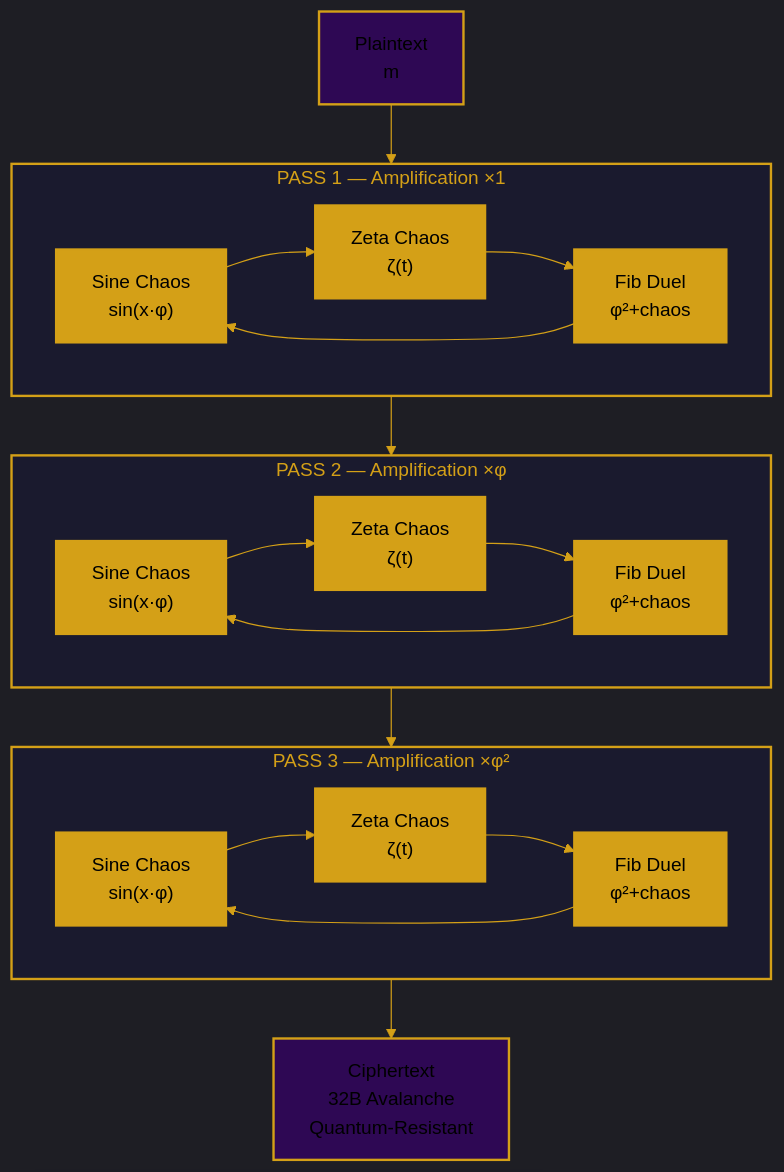
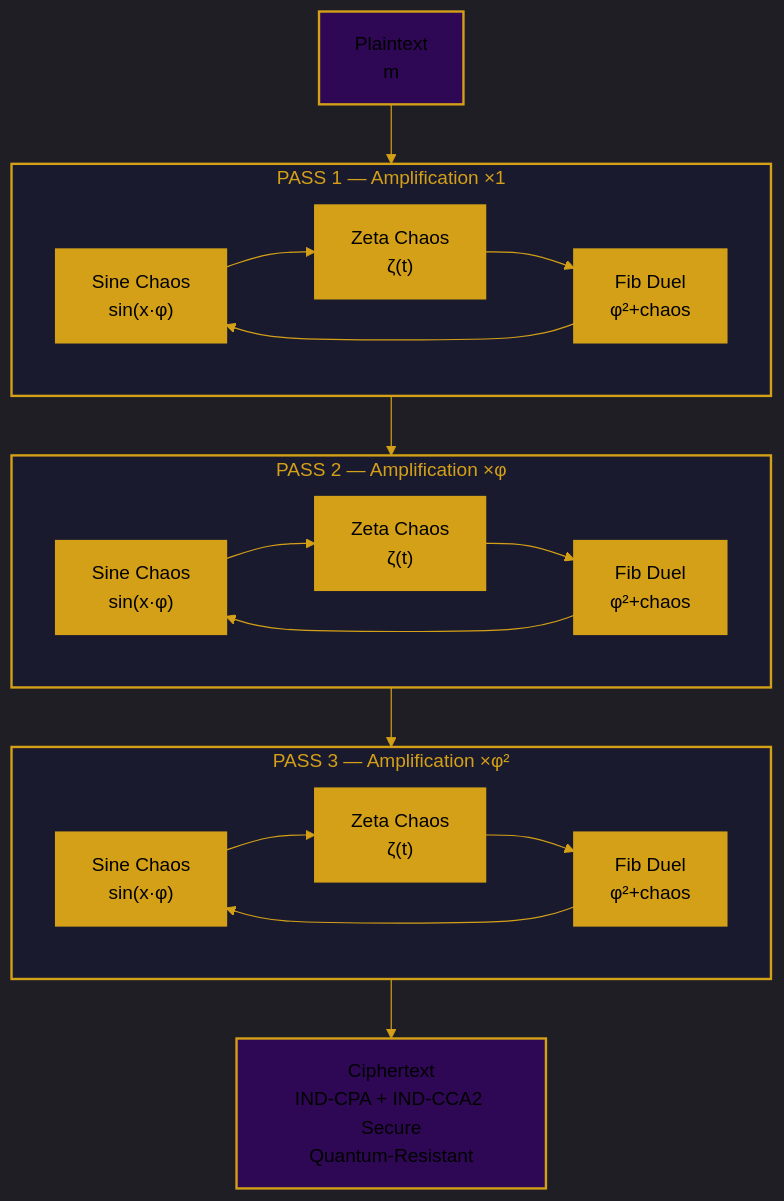
Before and after one commit to primordialomegazero/femmgFHE: the first of 2 diagrams in README.md, drawn with Mermaid. The commit also changed other lines of this file and 2 other files, not shown here.

````diff
--- a/README.md
+++ b/README.md
@@ -85,41 +85,41 @@
 ```mermaid
 %%{init: {'theme': 'dark', 'themeVariables': { 'primaryColor': '#D4A017', 'primaryTextColor': '#000000', 'primaryBorderColor': '#D4A017', 'lineColor': '#D4A017', 'secondaryColor': '#2E0854', 'tertiaryColor': '#1a1a2e', 'background': '#0d1117', 'mainBkg': '#0d1117', 'nodeBorder': '#D4A017', 'clusterBkg': '#0d1117', 'clusterBorder': '#4B0082', 'titleColor': '#D4A017', 'edgeLabelBackground':'#0d1117', 'nodeTextColor': '#000000'}}}%%
 graph TB
     subgraph PASS1["PASS 1 — Amplification ×1"]
         S1["Sine Chaos<br/>sin(x·φ)"] --> Z1["Zeta Chaos<br/>ζ(t)"]
         Z1 --> F1["Fib Duel<br/>φ²+chaos"]
         F1 --> S1
     end
 
     subgraph PASS2["PASS 2 — Amplification ×φ"]
         S2["Sine Chaos<br/>sin(x·φ)"] --> Z2["Zeta Chaos<br/>ζ(t)"]
         Z2 --> F2["Fib Duel<br/>φ²+chaos"]
         F2 --> S2
     end
 
     subgraph PASS3["PASS 3 — Amplification ×φ²"]
         S3["Sine Chaos<br/>sin(x·φ)"] --> Z3["Zeta Chaos<br/>ζ(t)"]
         Z3 --> F3["Fib Duel<br/>φ²+chaos"]
         F3 --> S3
     end
 
     INPUT["Plaintext<br/>m"] --> PASS1
     PASS1 --> PASS2
     PASS2 --> PASS3
-    PASS3 --> OUTPUT["Ciphertext<br/>32B Avalanche<br/>Quantum-Resistant"]
+    PASS3 --> OUTPUT["Ciphertext<br/>IND-CPA + IND-CCA2 Secure<br/>Quantum-Resistant"]
 
     style PASS1 fill:#1a1a2e,stroke:#D4A017,stroke-width:2px,color:#D4A017
     style PASS2 fill:#1a1a2e,stroke:#D4A017,stroke-width:2px,color:#D4A017
     style PASS3 fill:#1a1a2e,stroke:#D4A017,stroke-width:2px,color:#D4A017
     style INPUT fill:#2E0854,stroke:#D4A017,stroke-width:2px,color:#000000
     style OUTPUT fill:#2E0854,stroke:#D4A017,stroke-width:2px,color:#000000
     style S1 fill:#D4A017,stroke:#D4A017,stroke-width:2px,color:#000000
     style Z1 fill:#D4A017,stroke:#D4A017,stroke-width:2px,color:#000000
     style F1 fill:#D4A017,stroke:#D4A017,stroke-width:2px,color:#000000
     style S2 fill:#D4A017,stroke:#D4A017,stroke-width:2px,color:#000000
     style Z2 fill:#D4A017,stroke:#D4A017,stroke-width:2px,color:#000000
     style F2 fill:#D4A017,stroke:#D4A017,stroke-width:2px,color:#000000
     style S3 fill:#D4A017,stroke:#D4A017,stroke-width:2px,color:#000000
     style Z3 fill:#D4A017,stroke:#D4A017,stroke-width:2px,color:#000000
     style F3 fill:#D4A017,stroke:#D4A017,stroke-width:2px,color:#000000
 ```
````
